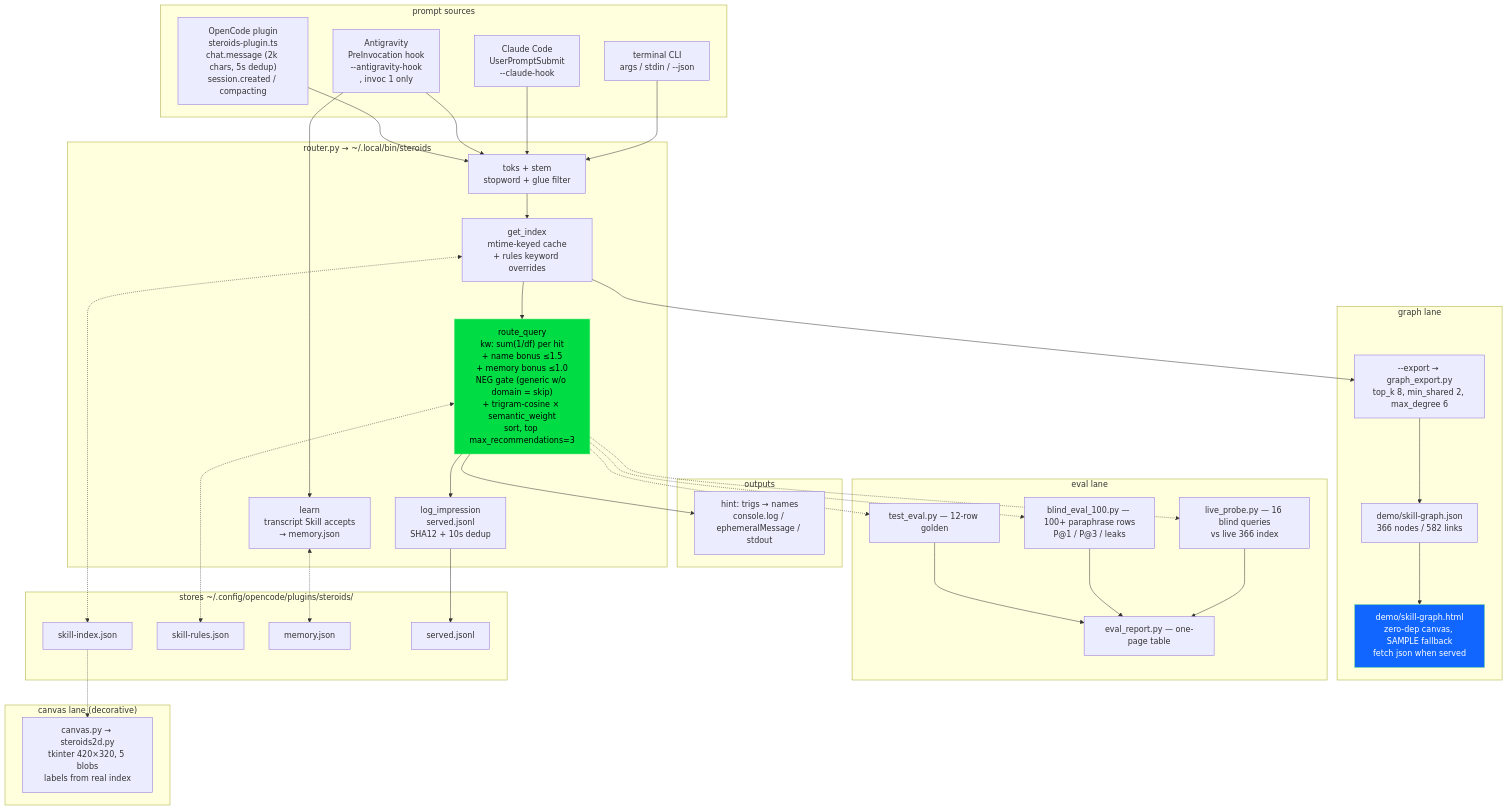
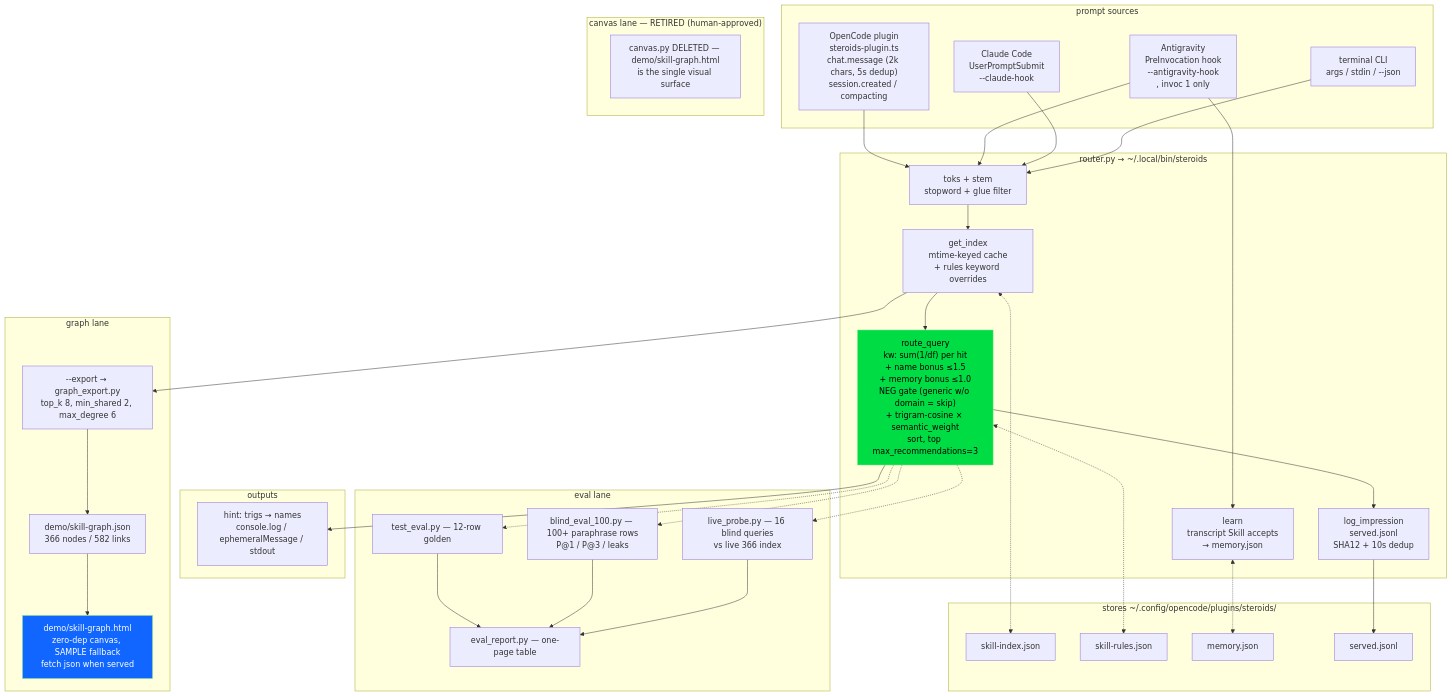
The diagram in docs/architecture.mmd (GOlinkup/steroids), drawn with Mermaid before and after one commit. The commit also changed 3 other files, not shown here.

First line of the commit message:
retire(s11-tkinter-call): delete canvas.py, unwire plugin (human-approved)

````diff
--- a/docs/architecture.mmd
+++ b/docs/architecture.mmd
@@ -1,59 +1,58 @@
 ```mermaid
 flowchart TB
     subgraph SOURCES["prompt sources"]
         OC["OpenCode plugin\nsteroids-plugin.ts\nchat.message (2k chars, 5s dedup)\nsession.created / compacting"]
         AG["Antigravity\nPreInvocation hook\n--antigravity-hook\n<USER_REQUEST>, invoc 1 only"]
         CC["Claude Code\nUserPromptSubmit\n--claude-hook"]
         CLI["terminal CLI\nargs / stdin / --json"]
     end
 
     subgraph ROUTER["router.py → ~/.local/bin/steroids"]
         T["toks + stem\nstopword + glue filter"]
         IDX["get_index\nmtime-keyed cache\n+ rules keyword overrides"]
         RQ["route_query\nkw: sum(1/df) per hit\n+ name bonus ≤1.5\n+ memory bonus ≤1.0\nNEG gate (generic w/o domain = skip)\n+ trigram-cosine × semantic_weight\nsort, top max_recommendations=3"]
         MEM["learn\ntranscript Skill accepts\n→ memory.json"]
         LOG["log_impression\nserved.jsonl\nSHA12 + 10s dedup"]
     end
 
     subgraph OUT["outputs"]
         HINT["hint: trigs → names\nconsole.log / ephemeralMessage / stdout"]
     end
 
     subgraph GRAPH["graph lane"]
         EXP["--export → graph_export.py\ntop_k 8, min_shared 2, max_degree 6"]
         JSON["demo/skill-graph.json\n366 nodes / 582 links"]
         DEMO["demo/skill-graph.html\nzero-dep canvas, SAMPLE fallback\nfetch json when served"]
     end
 
     subgraph EVAL["eval lane"]
         TE["test_eval.py — 12-row golden"]
         BL["blind_eval_100.py — 100+ paraphrase rows\nP@1 / P@3 / leaks"]
         LP["live_probe.py — 16 blind queries\nvs live 366 index"]
         ER["eval_report.py — one-page table"]
     end
 
-    subgraph CANVASL["canvas lane (decorative)"]
-        TK["canvas.py → steroids2d.py\ntkinter 420×320, 5 blobs\nlabels from real index"]
+    subgraph CANVASL["canvas lane — RETIRED (human-approved)"]
+        TK["canvas.py DELETED — demo/skill-graph.html\nis the single visual surface"]
     end
 
     subgraph STORES["stores ~/.config/opencode/plugins/steroids/"]
         SI["skill-index.json"]
         SR["skill-rules.json"]
         MM["memory.json"]
         SJ["served.jsonl"]
     end
 
     OC & AG & CC & CLI --> T --> IDX --> RQ --> HINT
     RQ --> LOG
     AG --> MEM
     IDX <-.-> SI
     RQ <-.-> SR
     MEM <-.-> MM
     LOG --> SJ
     IDX --> EXP --> JSON --> DEMO
     RQ -.-> TE & BL & LP --> ER
-    SI -.-> TK
 
     style RQ fill:#0d4,stroke:#7ee787,color:#000
     style DEMO fill:#16f,stroke:#7ee787,color:#fff
 ```
````
